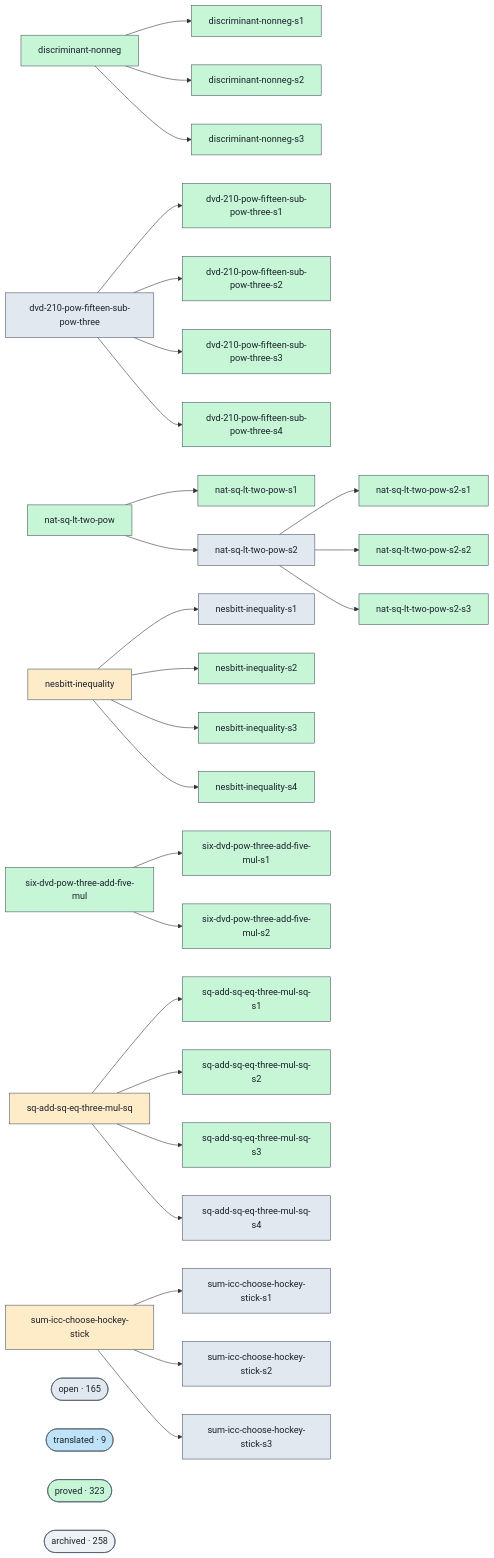
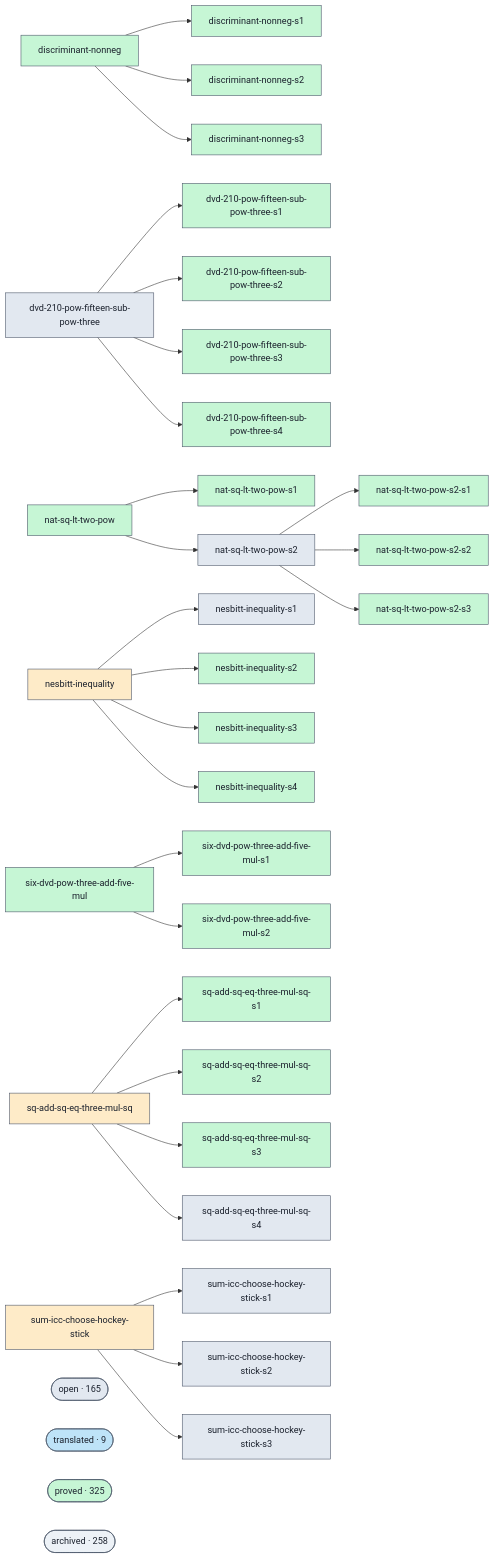
Before and after one commit to ohdearquant/unsorry: the diagram in docs/proofs-contributors-visualisation.md, drawn with Mermaid. The commit also changed other lines of this file and 2 other files, not shown here.

```diff
--- a/docs/proofs-contributors-visualisation.md
+++ b/docs/proofs-contributors-visualisation.md
@@ -147,7 +147,7 @@
   class cluster_open open;
   cluster_translated(["translated · 9"])
   class cluster_translated translated;
-  cluster_proved(["proved · 323"])
+  cluster_proved(["proved · 325"])
   class cluster_proved proved;
   cluster_archived(["archived · 258"])
   class cluster_archived unknown;
```
